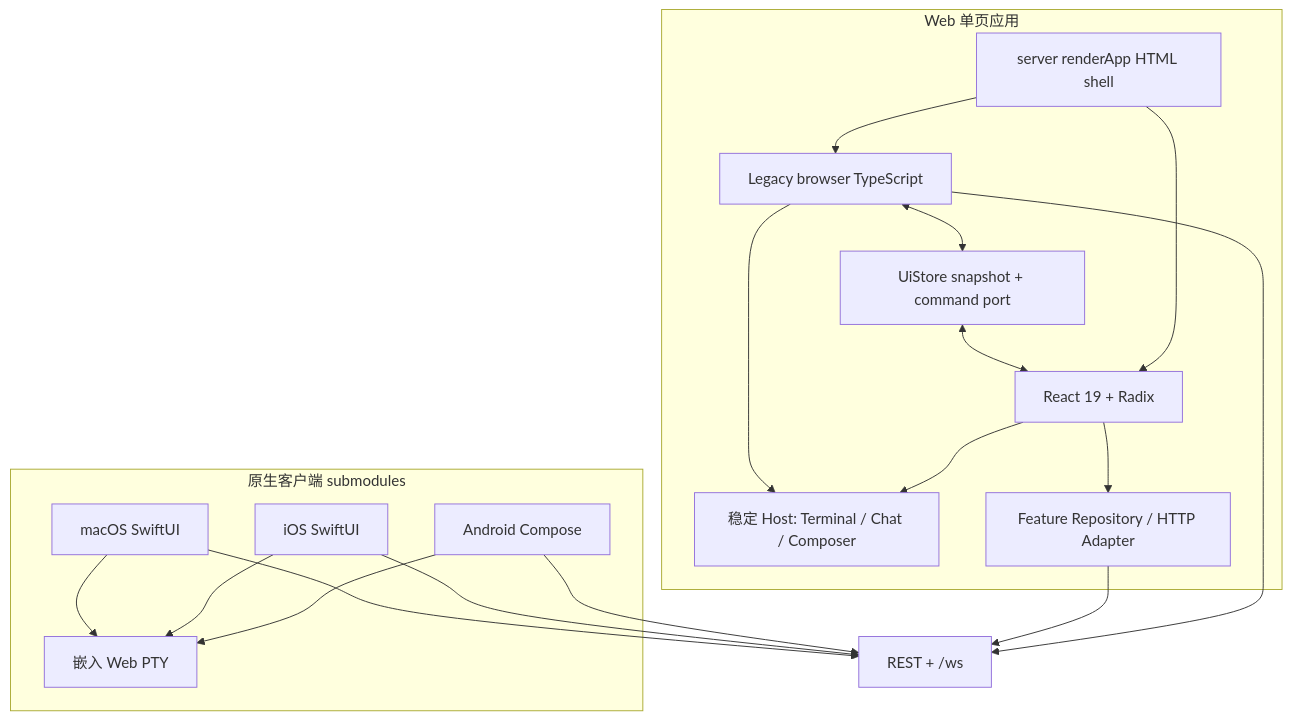
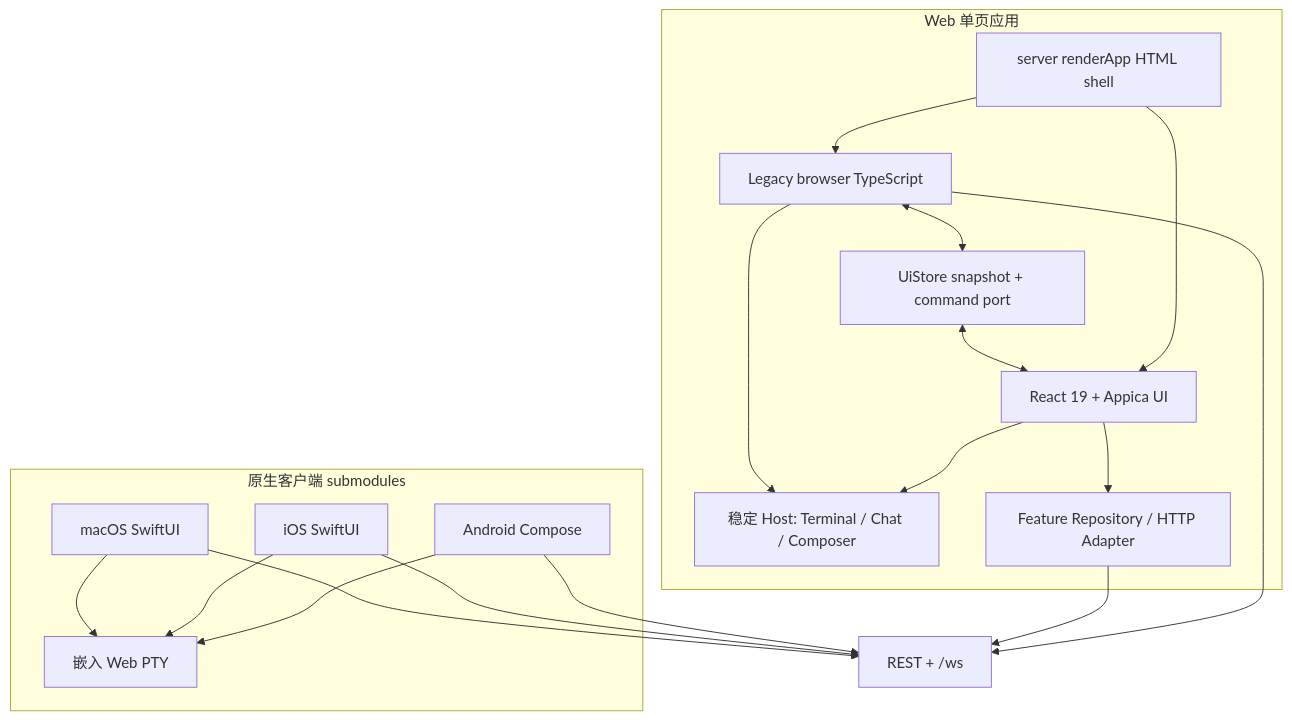
One commit to co0ontty/wand changed the fifth of 7 diagrams in 架构图.md. Above: the diagram before and after it, drawn with Mermaid. The commit also changed other lines of this file and 3 other files, not shown here.

Commit message:
修正架构图过期描述并补齐孤立文档入口

````diff
--- a/架构图.md
+++ b/架构图.md
@@ -226,35 +226,35 @@
 ```mermaid
 flowchart TD
   subgraph WebUi[Web 单页应用]
     Html[server renderApp HTML shell]
     Legacy[Legacy browser TypeScript]
-    React[React 19 + Radix]
+    React[React 19 + Appica UI]
     Store[UiStore snapshot + command port]
     Stable[稳定 Host: Terminal / Chat / Composer]
     Repos[Feature Repository / HTTP Adapter]
 
     Html --> Legacy
     Html --> React
     Legacy <--> Store
     Store <--> React
     React --> Stable
     Legacy --> Stable
     React --> Repos
   end
 
   subgraph NativeApps[原生客户端 submodules]
     Android[Android Compose]
     IOS[iOS SwiftUI]
     Mac[macOS SwiftUI]
     Embedded[嵌入 Web PTY]
     Android --> Embedded
     IOS --> Embedded
     Mac --> Embedded
   end
 
   Legacy --> Api[REST + /ws]
   Repos --> Api
   Android --> Api
   IOS --> Api
   Mac --> Api
 ```
````
